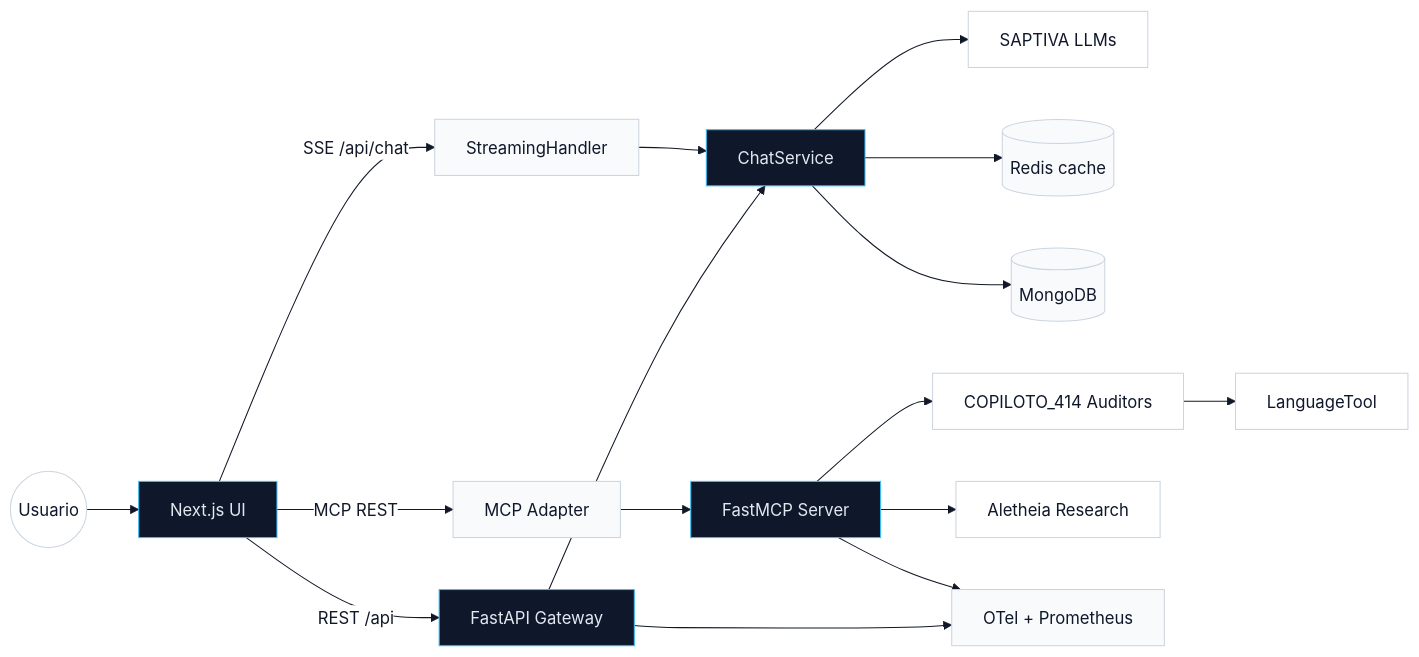
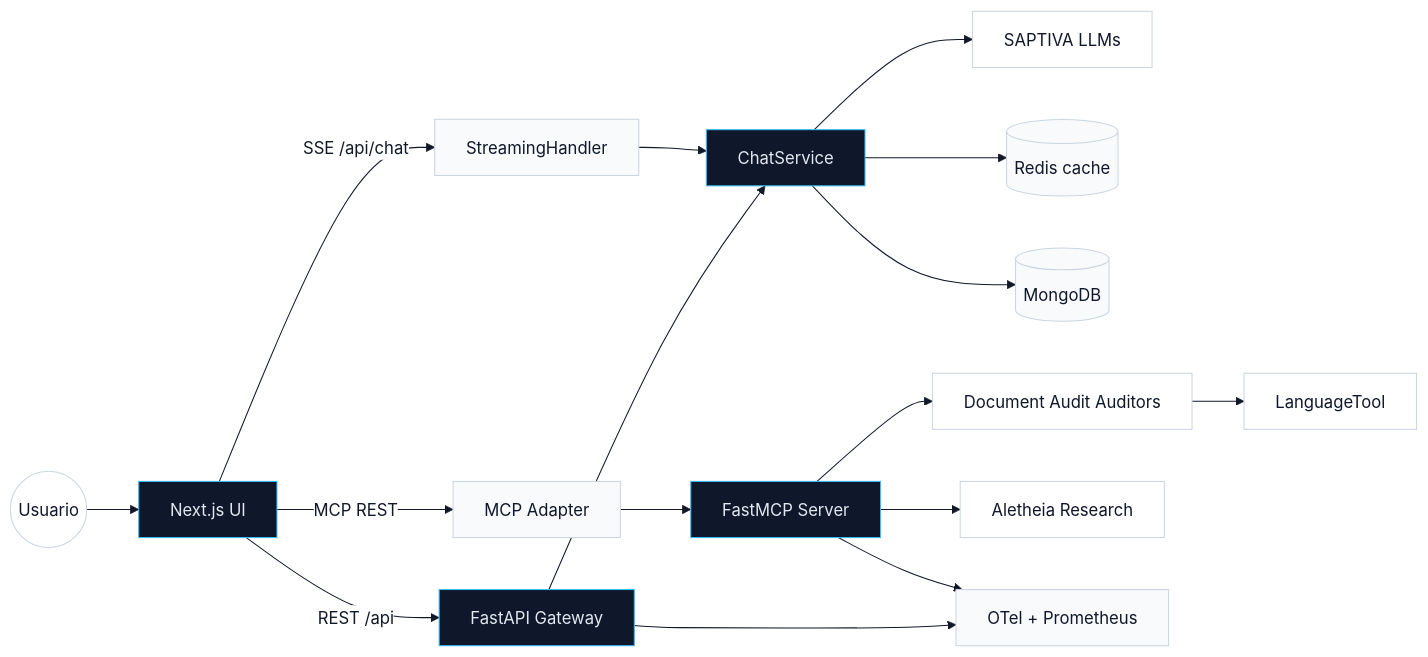
One commit to saptiva-ai/octavios-chat changed the seventh of 11 diagrams in README.md. Above: the diagram before and after it, drawn with Mermaid. The commit also changed other lines of this file, not shown here.

Commit message:
docs: replace capital414/COPILOTO_414 references with generic plugin-private naming

````diff
--- a/README.md
+++ b/README.md
@@ -999,26 +999,26 @@
 ```mermaid
 %%{init: {'theme': 'base', 'themeVariables': {'primaryColor': '#0f172a','primaryBorderColor': '#38bdf8','primaryTextColor': '#111827','lineColor': '#111827','textColor': '#111827','secondaryColor': '#ffffff','secondaryBorderColor': '#cbd5e1','secondaryTextColor': '#0f172a','tertiaryColor': '#f8fafc','tertiaryBorderColor': '#cbd5e1','tertiaryTextColor': '#0f172a'}}}%%
 flowchart LR
     user((Usuario)):::light --> web_ui["Next.js UI"]:::dark
     web_ui -->|REST /api| api_gateway["FastAPI Gateway"]:::dark
     web_ui -->|SSE /api/chat| streaming["StreamingHandler"]:::gray
     web_ui -->|MCP REST| mcp_adapter["MCP Adapter"]:::gray
 
     api_gateway --> chat_service["ChatService"]:::dark
     chat_service --> saptiva["SAPTIVA LLMs"]:::light
     chat_service --> redis[(Redis cache)]:::gray
     chat_service --> mongo[(MongoDB)]:::gray
 
     streaming --> chat_service
     mcp_adapter --> fastmcp["FastMCP Server"]:::dark
-    fastmcp --> validation["COPILOTO_414 Auditors"]:::light
+    fastmcp --> validation["Document Audit Auditors"]:::light
     validation --> languagetool["LanguageTool"]:::light
     fastmcp --> aletheia["Aletheia Research"]:::light
 
     api_gateway --> telemetry["OTel + Prometheus"]:::gray
     fastmcp --> telemetry
 
     classDef dark fill:#0f172a,stroke:#38bdf8,color:#e2e8f0;
     classDef light fill:#ffffff,stroke:#cbd5e1,color:#0f172a;
     classDef gray fill:#f8fafc,stroke:#cbd5e1,color:#0f172a;
 ```
````
